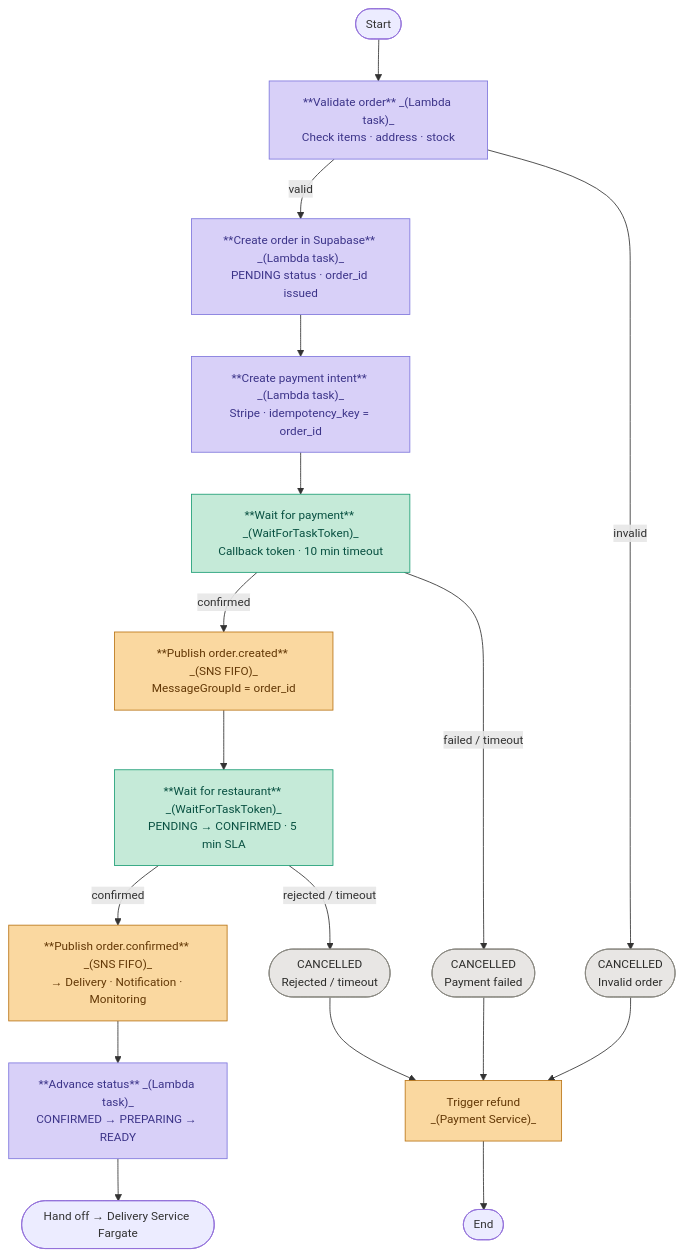
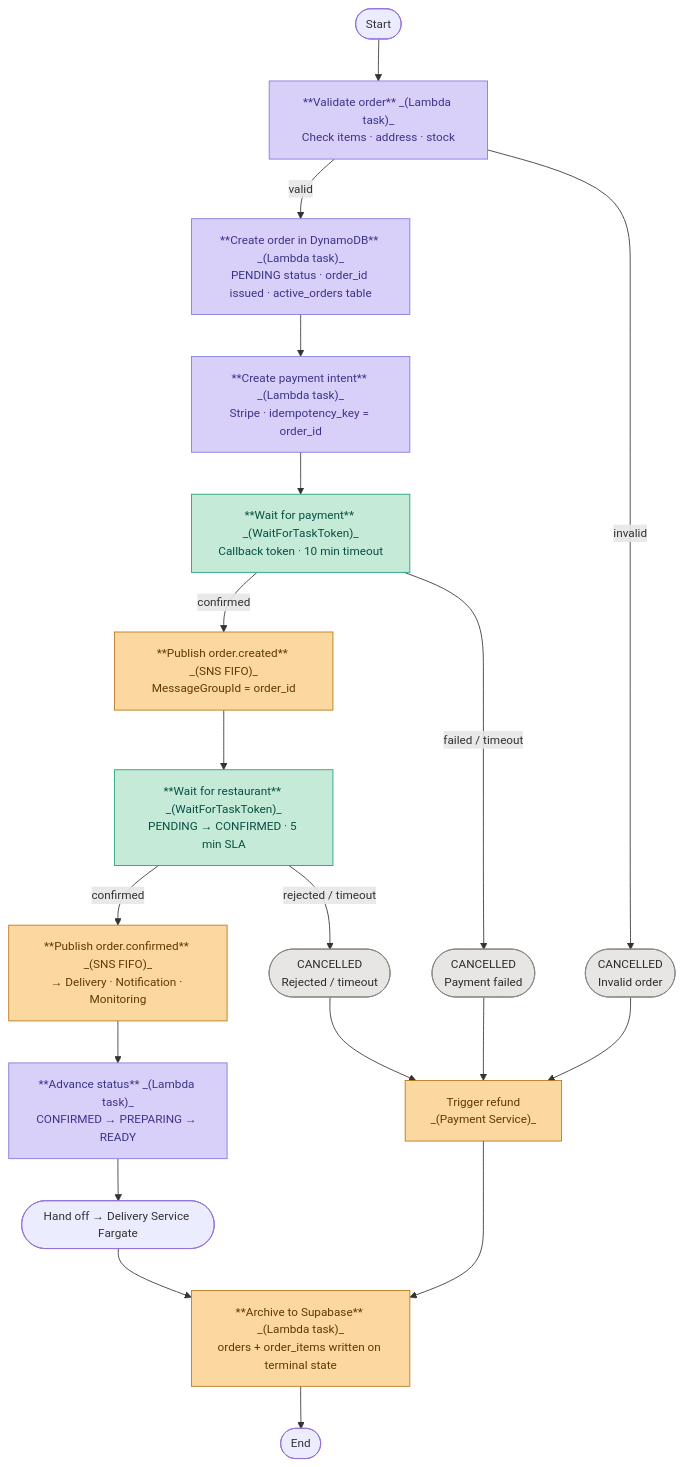
The ninth of 10 diagrams in ARCHITECTURE.md (food-delivery-platform/docs), drawn with Mermaid before and after one commit. The commit also changed other lines of this file, not shown here.

Commit message:
Update architecture based on decision: for changing oreder status using DynamoDB

````diff
--- a/ARCHITECTURE.md
+++ b/ARCHITECTURE.md
@@ -1032,59 +1039,62 @@
 ```mermaid
 ---
 config:
   theme: default
   themeVariables:
     fontSize: "14px"
 ---
 flowchart TD
     START([Start]) --> VAL
 
     VAL["**Validate order** _(Lambda task)_\nCheck items · address · stock"]
     VAL -->|valid| CRE
     VAL -->|invalid| CX1
 
-    CRE["**Create order in Supabase** _(Lambda task)_\nPENDING status · order_id issued"]
+    CRE["**Create order in DynamoDB** _(Lambda task)_\nPENDING status · order_id issued · active_orders table"]
     CRE --> PAY
 
     PAY["**Create payment intent** _(Lambda task)_\nStripe · idempotency_key = order_id"]
     PAY --> WPAY
 
     WPAY["**Wait for payment** _(WaitForTaskToken)_\nCallback token · 10 min timeout"]
     WPAY -->|confirmed| PUB1
     WPAY -->|failed / timeout| CX2
 
     PUB1["**Publish order.created** _(SNS FIFO)_\nMessageGroupId = order_id"]
     PUB1 --> WREST
 
     WREST["**Wait for restaurant** _(WaitForTaskToken)_\nPENDING → CONFIRMED · 5 min SLA"]
     WREST -->|confirmed| PUB2
     WREST -->|rejected / timeout| CX3
 
     PUB2["**Publish order.confirmed** _(SNS FIFO)_\n→ Delivery · Notification · Monitoring"]
     PUB2 --> ADV
 
     ADV["**Advance status** _(Lambda task)_\nCONFIRMED → PREPARING → READY"]
     ADV --> END
 
     END([Hand off → Delivery Service Fargate])
+    END --> ARCH
 
     CX1(["CANCELLED\nInvalid order"])
     CX2(["CANCELLED\nPayment failed"])
     CX3(["CANCELLED\nRejected / timeout"])
 
     CX1 & CX2 & CX3 --> REF["Trigger refund\n_(Payment Service)_"]
-    REF --> TERM([End])
+    REF --> ARCH["**Archive to Supabase** _(Lambda task)_\norders + order_items written on terminal state"]
+    ARCH --> TERM([End])
 
     style VAL    fill:#D8D0F8,stroke:#7F77DD,color:#3C3489
     style CRE    fill:#D8D0F8,stroke:#7F77DD,color:#3C3489
     style PAY    fill:#D8D0F8,stroke:#7F77DD,color:#3C3489
     style ADV    fill:#D8D0F8,stroke:#7F77DD,color:#3C3489
     style WPAY   fill:#C5EAD8,stroke:#1D9E75,color:#085041
     style WREST  fill:#C5EAD8,stroke:#1D9E75,color:#085041
     style PUB1   fill:#FAD8A0,stroke:#BA7517,color:#633806
     style PUB2   fill:#FAD8A0,stroke:#BA7517,color:#633806
     style REF    fill:#FAD8A0,stroke:#BA7517,color:#633806
+    style ARCH   fill:#FAD8A0,stroke:#BA7517,color:#633806
     style CX1    fill:#E8E6E4,stroke:#888780,color:#2C2C2A
     style CX2    fill:#E8E6E4,stroke:#888780,color:#2C2C2A
     style CX3    fill:#E8E6E4,stroke:#888780,color:#2C2C2A
 ```
````
